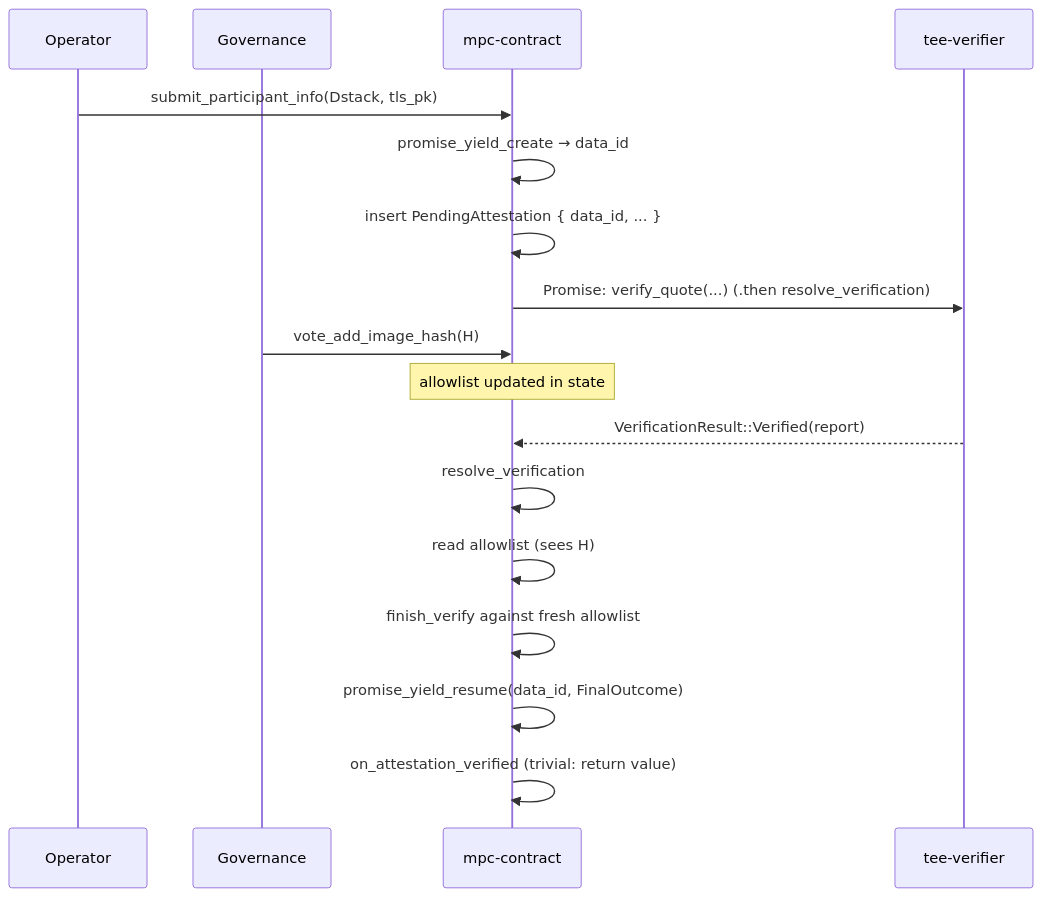
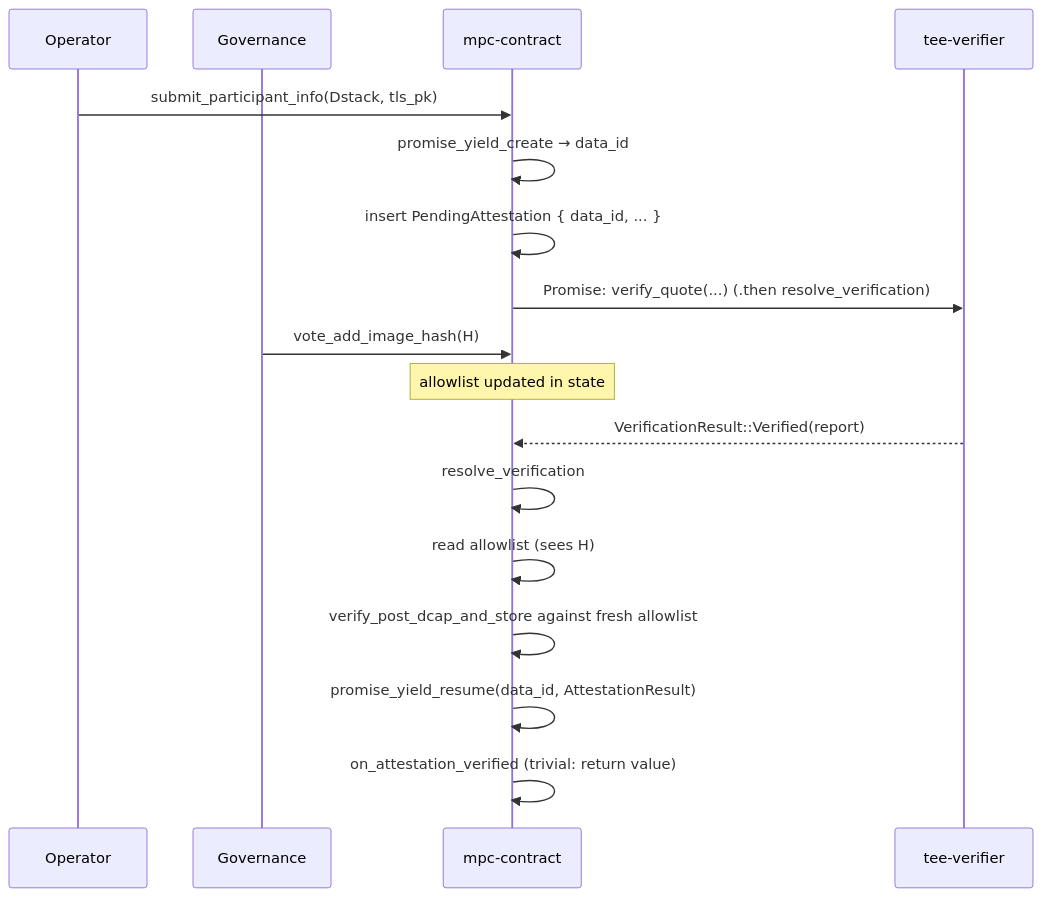
One commit to near/mpc changed the fourth of 6 diagrams in docs/design/attestation-verifier-contract.md. Above: the diagram before and after it, drawn with Mermaid. The commit also changed other lines of this file and 10 other files, not shown here.

````diff
--- a/docs/design/attestation-verifier-contract.md
+++ b/docs/design/attestation-verifier-contract.md
@@ -149,22 +149,22 @@
 ```mermaid
 sequenceDiagram
     participant Op as Operator
     participant Gov as Governance
     participant MPC as mpc-contract
     participant Ver as tee-verifier
 
     Op->>MPC: submit_participant_info(Dstack, tls_pk)
     MPC->>MPC: promise_yield_create → data_id
     MPC->>MPC: insert PendingAttestation { data_id, ... }
     MPC->>Ver: Promise: verify_quote(...) (.then resolve_verification)
 
     Gov->>MPC: vote_add_image_hash(H)
     Note over MPC: allowlist updated in state
 
     Ver-->>MPC: VerificationResult::Verified(report)
     MPC->>MPC: resolve_verification
     MPC->>MPC: read allowlist (sees H)
-    MPC->>MPC: finish_verify against fresh allowlist
-    MPC->>MPC: promise_yield_resume(data_id, FinalOutcome)
+    MPC->>MPC: verify_post_dcap_and_store against fresh allowlist
+    MPC->>MPC: promise_yield_resume(data_id, AttestationResult)
     MPC->>MPC: on_attestation_verified (trivial: return value)
 ```
````
